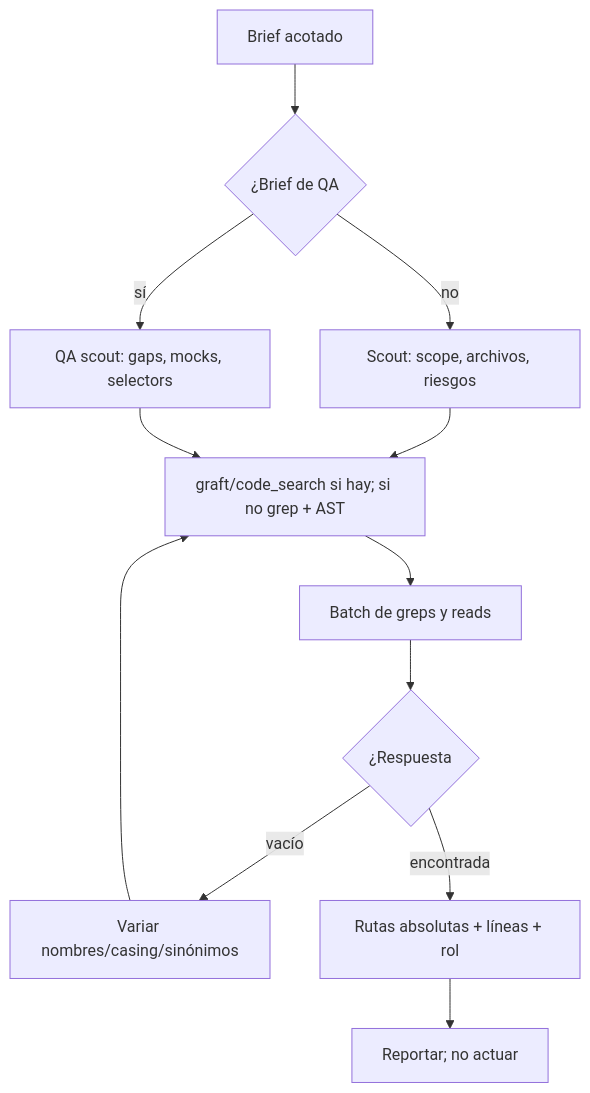
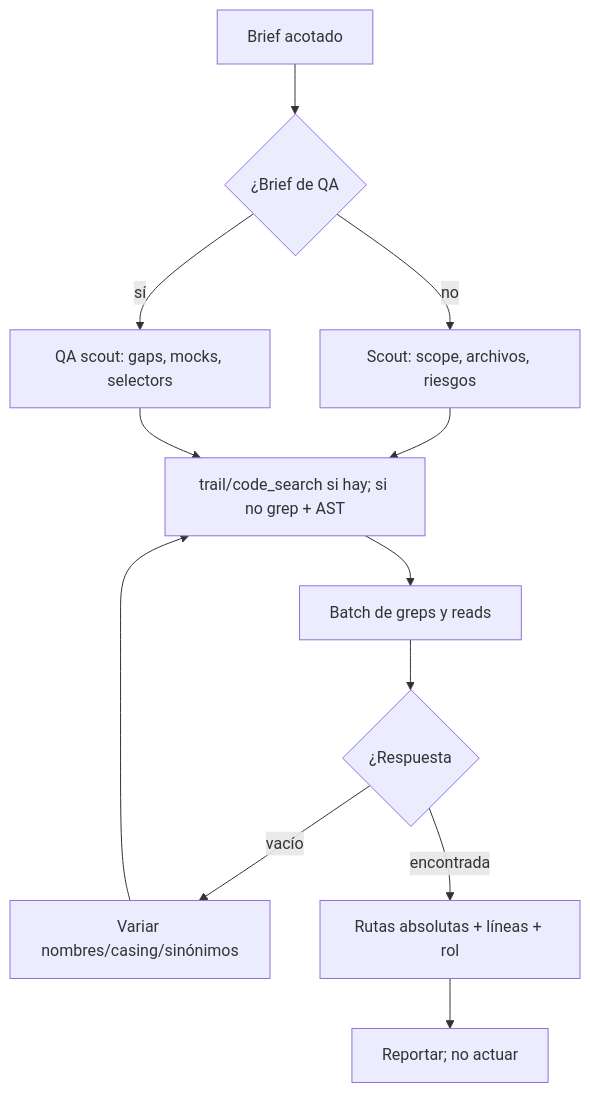
The diagram in docs/src/content/docs/agents/finder.mdx (YoizenSA/dev-ai-workflow), drawn with Mermaid before and after one commit. The commit also changed other lines of this file and 72 other files, not shown here.

First line of the commit message:
feat(ywai)!: migrate graft to trail

````diff
--- a/docs/src/content/docs/agents/finder.mdx
+++ b/docs/src/content/docs/agents/finder.mdx
@@ -21,14 +21,14 @@
 ```mermaid
 flowchart TD
     A[Brief acotado] --> B{¿Brief de QA}
     B -->|no| C[Scout: scope, archivos, riesgos]
     B -->|sí| D[QA scout: gaps, mocks, selectors]
-    C --> E[graft/code_search si hay; si no grep + AST]
+    C --> E[trail/code_search si hay; si no grep + AST]
     D --> E
     E --> F[Batch de greps y reads]
     F --> G{¿Respuesta}
     G -->|vacío| H[Variar nombres/casing/sinónimos]
     G -->|encontrada| I[Rutas absolutas + líneas + rol]
     H --> E
     I --> J[Reportar; no actuar]
 ```
````
